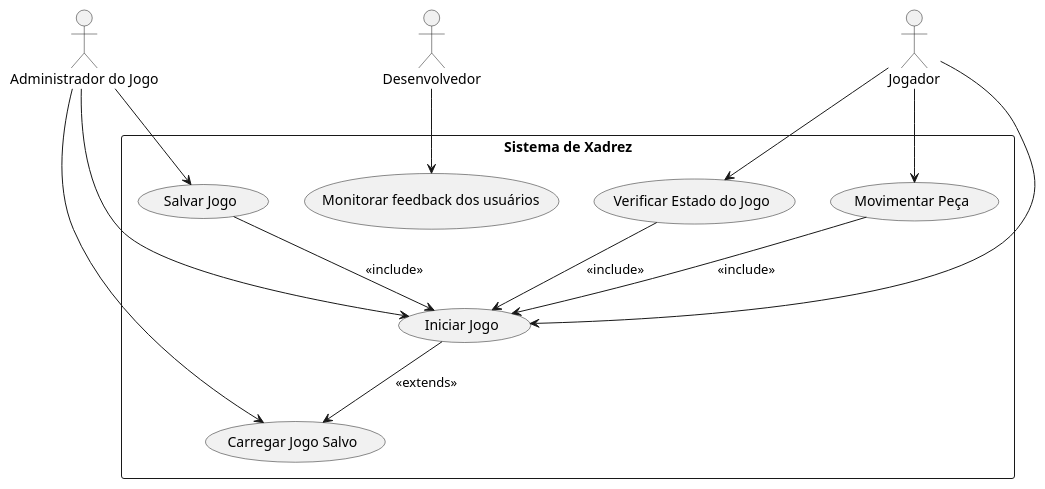
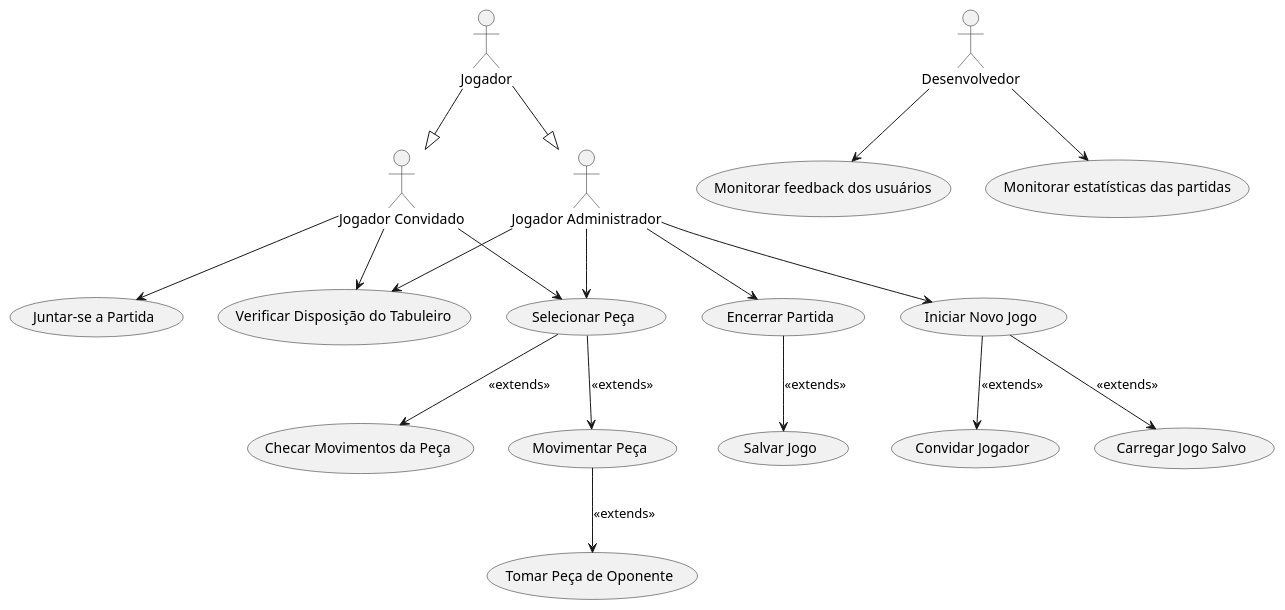
The diagram in casosUso.plantuml (luana-hartmann/SSC0621), drawn with PlantUML before and after one commit. The commit also changed 4 other files, not shown here.

Commit message:
updates important diagrams

```diff
--- a/casosUso.plantuml
+++ b/casosUso.plantuml
@@ -1,40 +1,51 @@
 @startuml casosUso
 
-actor "Jogador" as Player
-actor "Administrador do Jogo" as Admin
-actor Desenvolvedor as Dev
 
-rectangle "Sistema de Xadrez" {
-  usecase "Iniciar Jogo" as StartGame
-  usecase "Movimentar Peça" as MovePiece
-  usecase "Verificar Estado do Jogo" as CheckGameState
-  usecase "Salvar Jogo" as SaveGame
-  usecase "Carregar Jogo Salvo" as LoadGame
-  usecase "Monitorar feedback dos usuários" as MF
-}
+actor "Jogador" as p1
+actor "Jogador Convidado" as Player
+actor "Jogador Administrador" as Admin
+actor "Desenvolvedor" as Dev
 
-Player --> StartGame
-Player --> MovePiece
-Player --> CheckGameState
+usecase "Juntar-se a Partida" as JoinGame
+usecase "Convidar Jogador" as InviteGame
+usecase "Encerrar Partida" as EndGame
+usecase "Iniciar Novo Jogo" as StartGame
+usecase "Selecionar Peça" as SelectPiece
+usecase "Movimentar Peça" as MovePiece
+usecase "Checar Movimentos da Peça" as CheckPiece
+usecase "Verificar Disposição do Tabuleiro" as GameState
+usecase "Tomar Peça de Oponente" as TakePiece
+usecase "Salvar Jogo" as SaveGame
+usecase "Carregar Jogo Salvo" as LoadGame
+usecase "Monitorar feedback dos usuários" as MF
+usecase "Monitorar estatísticas das partidas" as ME
+
+p1 --|> Player
+p1 --|> Admin
+Player --> JoinGame
+Player --> SelectPiece
+Player --> GameState
 
 Admin --> StartGame
-Admin --> SaveGame
-Admin --> LoadGame
-
-MovePiece --> StartGame : <<include>>
-CheckGameState --> StartGame : <<include>>
-SaveGame --> StartGame : <<include>>
+Admin --> EndGame
+Admin --> SelectPiece
+Admin --> GameState
 
 StartGame --> LoadGame : <<extends>>
+StartGame --> InviteGame : <<extends>>
+SelectPiece --> MovePiece : <<extends>>
+SelectPiece --> CheckPiece : <<extends>>
+MovePiece --> TakePiece : <<extends>>
+EndGame --> SaveGame : <<extends>>
 
-
-Dev --> MF 
+Dev --> MF
+Dev --> ME
 
 ' Integrantes
 'note as N
   'Guilherme Lorete Schmidt - 13676857
   'Luana Hartmann Franco da Cruz - 13676350
   'João Pedro Gomes - 13839069
 'end note
 
 @enduml
```
